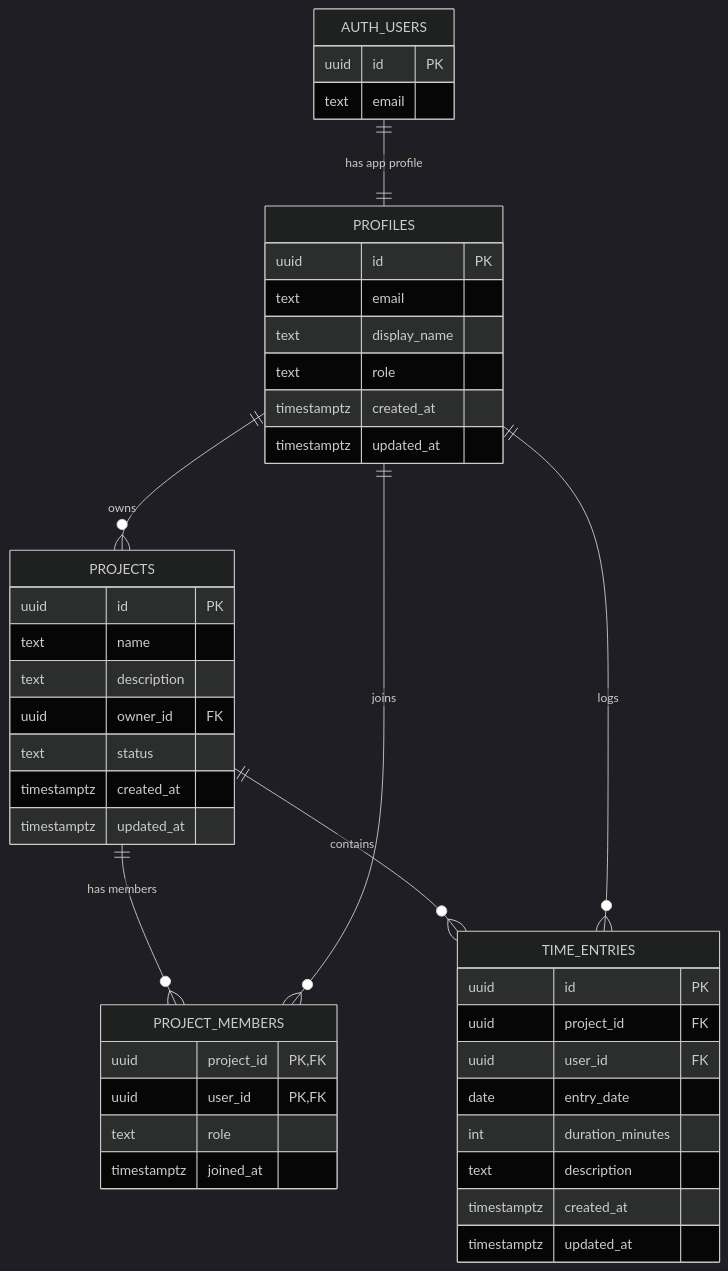
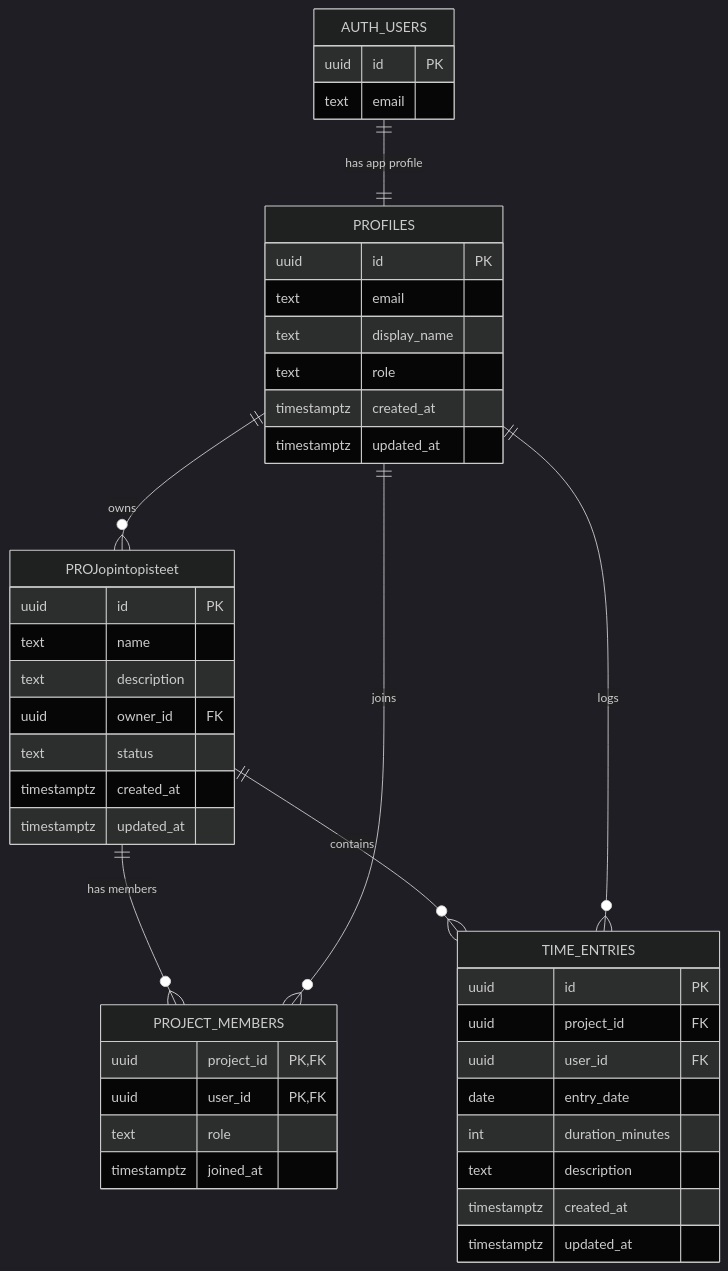
One commit to nolske/AjanhallintaVETO changed the diagram in docs/database.md. Above: the diagram before and after it, drawn with Mermaid (dark theme). The commit also changed other lines of this file and 13 other files, not shown here.

````diff
--- a/docs/database.md
+++ b/docs/database.md
@@ -59,51 +59,51 @@
 ```mermaid
 erDiagram
   AUTH_USERS ||--|| PROFILES : "has app profile"
-  PROFILES ||--o{ PROJECTS : "owns"
-  PROJECTS ||--o{ PROJECT_MEMBERS : "has members"
+  PROFILES ||--o{ PROJopintopisteet : "owns"
+  PROJopintopisteet ||--o{ PROJECT_MEMBERS : "has members"
   PROFILES ||--o{ PROJECT_MEMBERS : "joins"
-  PROJECTS ||--o{ TIME_ENTRIES : "contains"
+  PROJopintopisteet ||--o{ TIME_ENTRIES : "contains"
   PROFILES ||--o{ TIME_ENTRIES : "logs"
 
   AUTH_USERS {
     uuid id PK
     text email
   }
 
   PROFILES {
     uuid id PK
     text email
     text display_name
     text role
     timestamptz created_at
     timestamptz updated_at
   }
 
-  PROJECTS {
+  PROJopintopisteet {
     uuid id PK
     text name
     text description
     uuid owner_id FK
     text status
     timestamptz created_at
     timestamptz updated_at
   }
 
   PROJECT_MEMBERS {
     uuid project_id PK,FK
     uuid user_id PK,FK
     text role
     timestamptz joined_at
   }
 
   TIME_ENTRIES {
     uuid id PK
     uuid project_id FK
     uuid user_id FK
     date entry_date
     int duration_minutes
     text description
     timestamptz created_at
     timestamptz updated_at
   }
 ```
````
